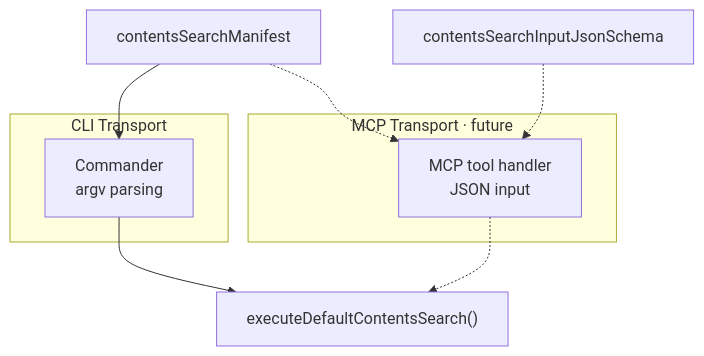
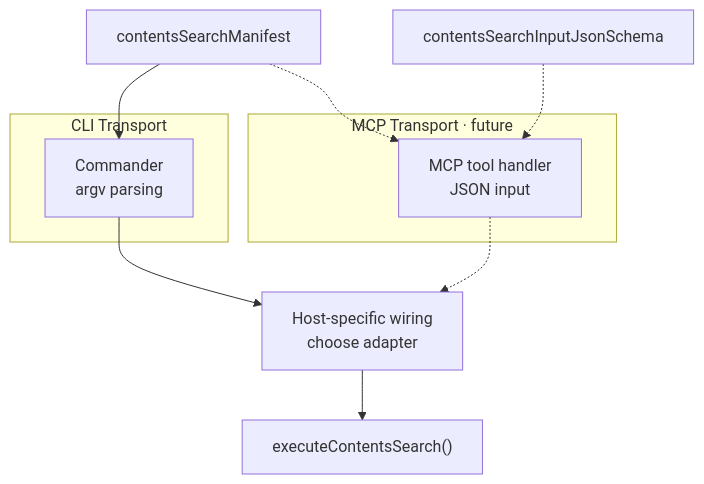
The sixth of 6 diagrams in src/ARCHITECTURE.md (cpaikr/darty), drawn with Mermaid before and after one commit. The commit also changed other lines of this file and 7 other files, not shown here.

Commit message:
Refine contents-search validation and CLI wiring

````diff
--- a/src/ARCHITECTURE.md
+++ b/src/ARCHITECTURE.md
@@ -264,20 +266,22 @@
 ```mermaid
 graph TD
     subgraph CLI["CLI Transport"]
         CLI_CMD["Commander\nargv parsing"]
     end
 
     subgraph MCP["MCP Transport · future"]
         MCP_TOOL["MCP tool handler\nJSON input"]
     end
 
     MANIFEST["contentsSearchManifest"]
     JSON_SCHEMA["contentsSearchInputJsonSchema"]
-    EXEC["executeDefaultContentsSearch()"]
+    COMPOSE["Host-specific wiring\nchoose adapter"]
+    EXEC["executeContentsSearch()"]
 
     MANIFEST --> CLI_CMD
     MANIFEST -.-> MCP_TOOL
     JSON_SCHEMA -.-> MCP_TOOL
-    CLI_CMD --> EXEC
-    MCP_TOOL -.-> EXEC
+    CLI_CMD --> COMPOSE
+    MCP_TOOL -.-> COMPOSE
+    COMPOSE --> EXEC
 ```
````
